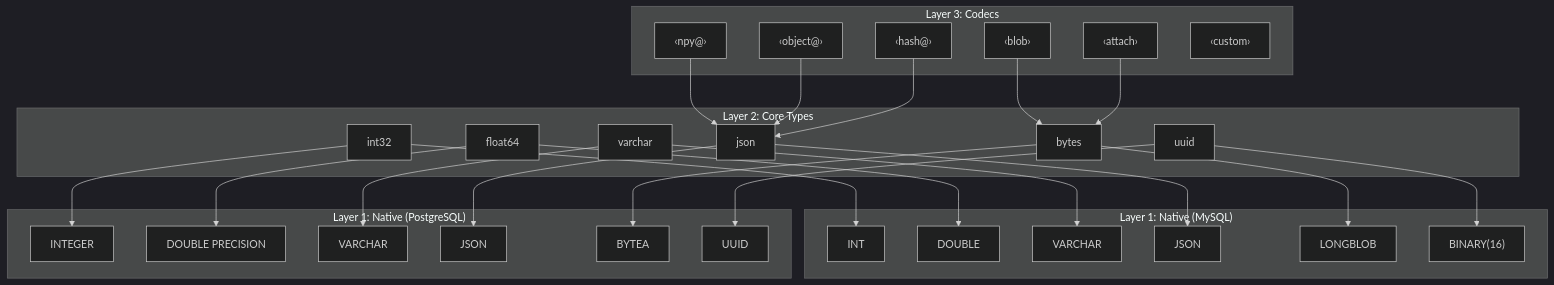
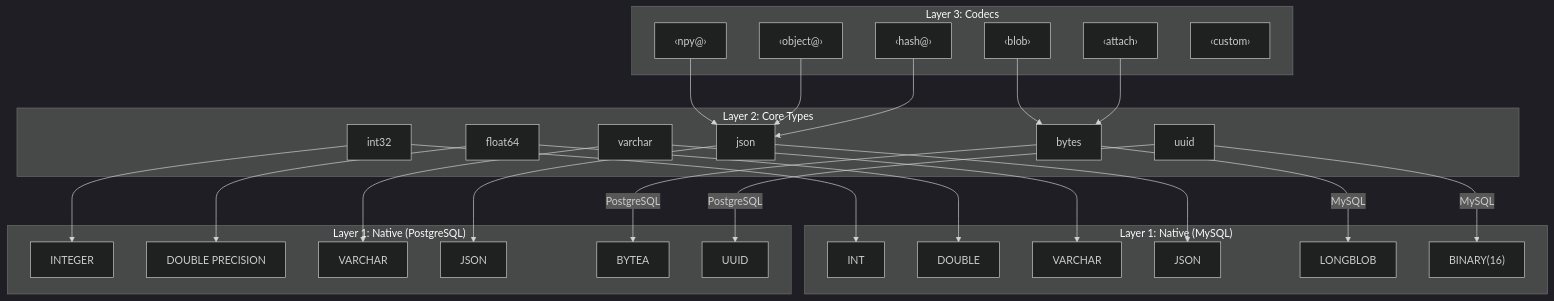
Before and after one commit to datajoint/datajoint-docs: the diagram in src/explanation/type-system.md, drawn with Mermaid (dark theme). The commit also changed other lines of this file, not shown here.

Commit message:
docs: Add edge labels showing backend-specific type mappings
- Add MySQL/PostgreSQL labels to bytes and uuid edges in diagram
- Expand explanation with explicit examples:
  - bytes → LONGBLOB (MySQL) / BYTEA (PostgreSQL)
  - uuid → BINARY(16) (MySQL) / UUID (PostgreSQL)

````diff
--- a/src/explanation/type-system.md
+++ b/src/explanation/type-system.md
@@ -11,54 +11,54 @@
 ```mermaid
 graph TB
     subgraph "Layer 3: Codecs"
         blob["‹blob›"]
         attach["‹attach›"]
         npy["‹npy@›"]
         object["‹object@›"]
         hash["‹hash@›"]
         custom["‹custom›"]
     end
     subgraph "Layer 2: Core Types"
         int32
         float64
         varchar
         json
         bytes
         uuid
     end
     subgraph "Layer 1: Native (MySQL)"
         INT["INT"]
         DOUBLE["DOUBLE"]
         VARCHAR_M["VARCHAR"]
         JSON_M["JSON"]
         BLOB["LONGBLOB"]
         BIN16["BINARY(16)"]
     end
     subgraph "Layer 1: Native (PostgreSQL)"
         INTEGER["INTEGER"]
         DOUBLE_P["DOUBLE PRECISION"]
         VARCHAR_P["VARCHAR"]
         JSON_P["JSON"]
         BYTEA["BYTEA"]
         UUID_P["UUID"]
     end
 
     blob --> bytes
     attach --> bytes
     npy --> json
     object --> json
     hash --> json
 
-    bytes --> BLOB
-    bytes --> BYTEA
+    bytes -->|MySQL| BLOB
+    bytes -->|PostgreSQL| BYTEA
     json --> JSON_M
     json --> JSON_P
     int32 --> INT
     int32 --> INTEGER
     float64 --> DOUBLE
     float64 --> DOUBLE_P
     varchar --> VARCHAR_M
     varchar --> VARCHAR_P
-    uuid --> BIN16
-    uuid --> UUID_P
+    uuid -->|MySQL| BIN16
+    uuid -->|PostgreSQL| UUID_P
 ```
````
